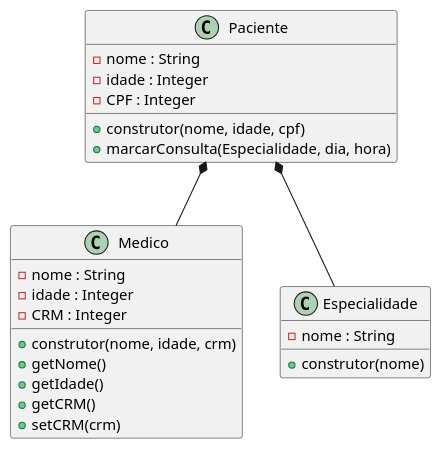
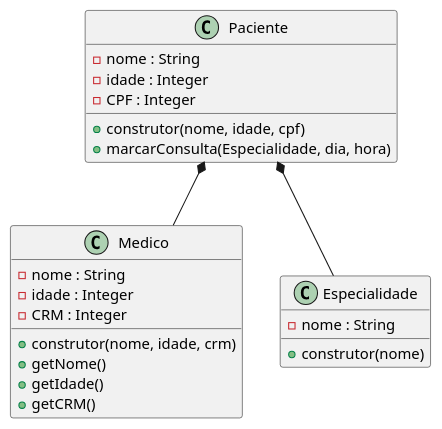
One commit to anleaes/2022-1-N2-POO-03 changed the diagram in diagrama.plantuml. Above: the diagram before and after it, drawn with PlantUML.

Commit message:
tirado setCRM da classe medico

```diff
--- a/diagrama.plantuml
+++ b/diagrama.plantuml
@@ -1,30 +1,29 @@
 @startuml Gerenciamento de Exames Medicos
 
     class Paciente{
         - nome : String
         - idade : Integer
         - CPF : Integer
         + construtor(nome, idade, cpf)
         + marcarConsulta(Especialidade, dia, hora)
     }
 
     class Medico{
         - nome : String
         - idade : Integer
         - CRM : Integer
         + construtor(nome, idade, crm)
         + getNome()
         + getIdade()
         + getCRM()
-        + setCRM(crm)
     }
 
     class Especialidade{
         - nome : String
         + construtor(nome)
     }
 
     Paciente *-- Medico
     Paciente *-- Especialidade
 
 @enduml
```
